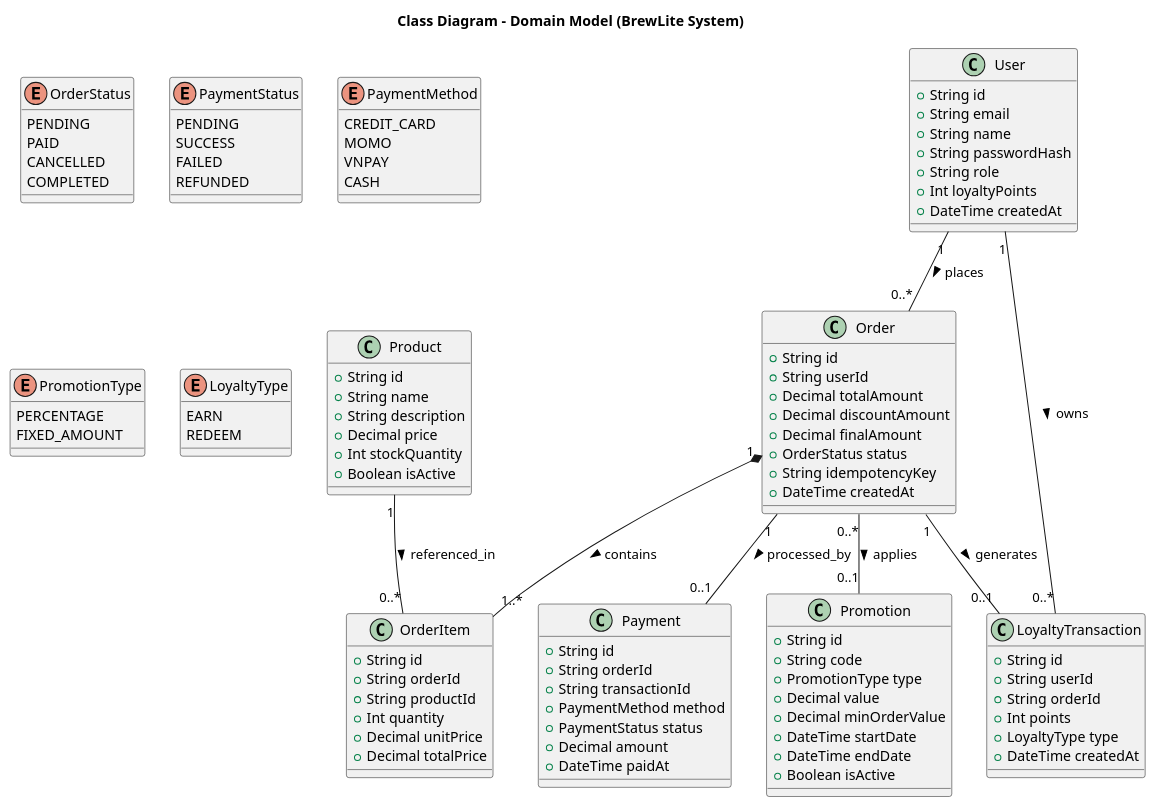
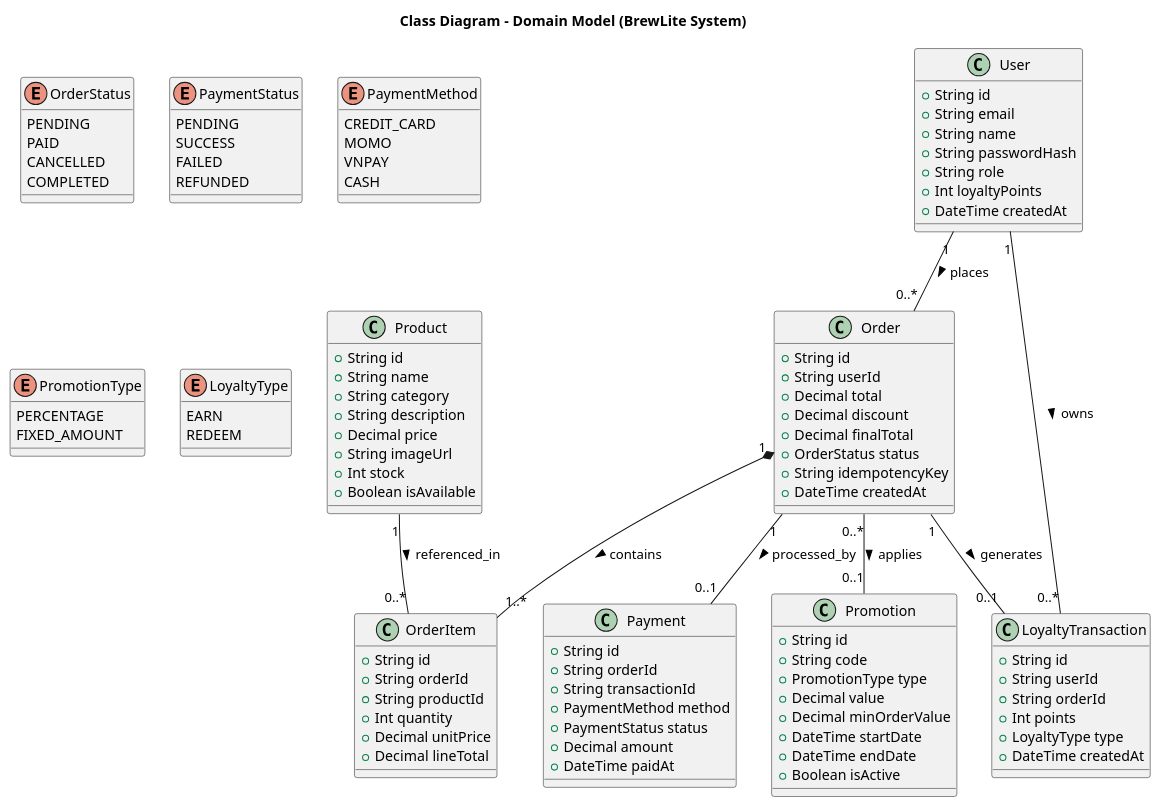
The diagram in docs/diagrams/class-diagram.puml (DjCurse/BrewLite-2), drawn with PlantUML before and after one commit. The commit also changed 16 other files, not shown here.

```diff
--- a/docs/diagrams/class-diagram.puml
+++ b/docs/diagrams/class-diagram.puml
@@ -1,116 +1,118 @@
 @startuml class-diagram
 title Class Diagram - Domain Model (BrewLite System)
-
+skinparam backgroundColor white
 enum OrderStatus {
     PENDING
     PAID
     CANCELLED
     COMPLETED
 }
 
 enum PaymentStatus {
     PENDING
     SUCCESS
     FAILED
     REFUNDED
 }
 
 enum PaymentMethod {
     CREDIT_CARD
     MOMO
     VNPAY
     CASH
 }
 
 enum PromotionType {
     PERCENTAGE
     FIXED_AMOUNT
 }
 
 enum LoyaltyType {
     EARN
     REDEEM
 }
 
 class User {
     + String id
     + String email
     + String name
     + String passwordHash
     + String role
     + Int loyaltyPoints
     + DateTime createdAt
 }
 
 class Product {
     + String id
     + String name
+    + String category
     + String description
     + Decimal price
-    + Int stockQuantity
-    + Boolean isActive
+    + String imageUrl
+    + Int stock
+    + Boolean isAvailable
 }
 
 class Order {
     + String id
     + String userId
-    + Decimal totalAmount
-    + Decimal discountAmount
-    + Decimal finalAmount
+    + Decimal total
+    + Decimal discount
+    + Decimal finalTotal
     + OrderStatus status
     + String idempotencyKey
     + DateTime createdAt
 }
 
 class OrderItem {
     + String id
     + String orderId
     + String productId
     + Int quantity
     + Decimal unitPrice
-    + Decimal totalPrice
+    + Decimal lineTotal
 }
 
 class Payment {
     + String id
     + String orderId
     + String transactionId
     + PaymentMethod method
     + PaymentStatus status
     + Decimal amount
     + DateTime paidAt
 }
 
 class Promotion {
     + String id
     + String code
     + PromotionType type
     + Decimal value
     + Decimal minOrderValue
     + DateTime startDate
     + DateTime endDate
     + Boolean isActive
 }
 
 class LoyaltyTransaction {
     + String id
     + String userId
     + String orderId
     + Int points
     + LoyaltyType type
     + DateTime createdAt
 }
 
 ' Relations & Multiplicity
 User "1" -- "0..*" Order : places >
 User "1" -- "0..*" LoyaltyTransaction : owns >
 
 Order "1" *-- "1..*" OrderItem : contains >
 Order "1" -- "0..1" Payment : processed_by >
 Order "0..*" -- "0..1" Promotion : applies >
 
 Product "1" -- "0..*" OrderItem : referenced_in >
 
 Order "1" -- "0..1" LoyaltyTransaction : generates >
 
 @enduml
```
